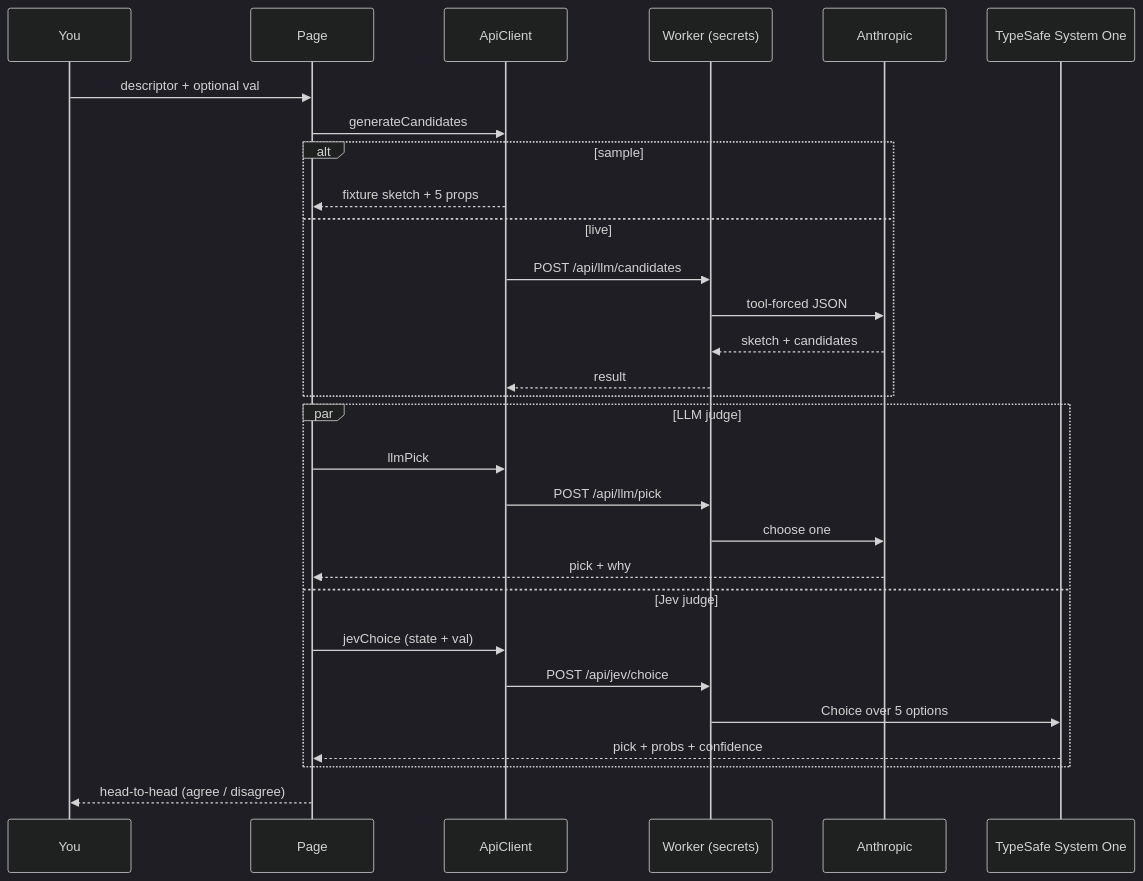
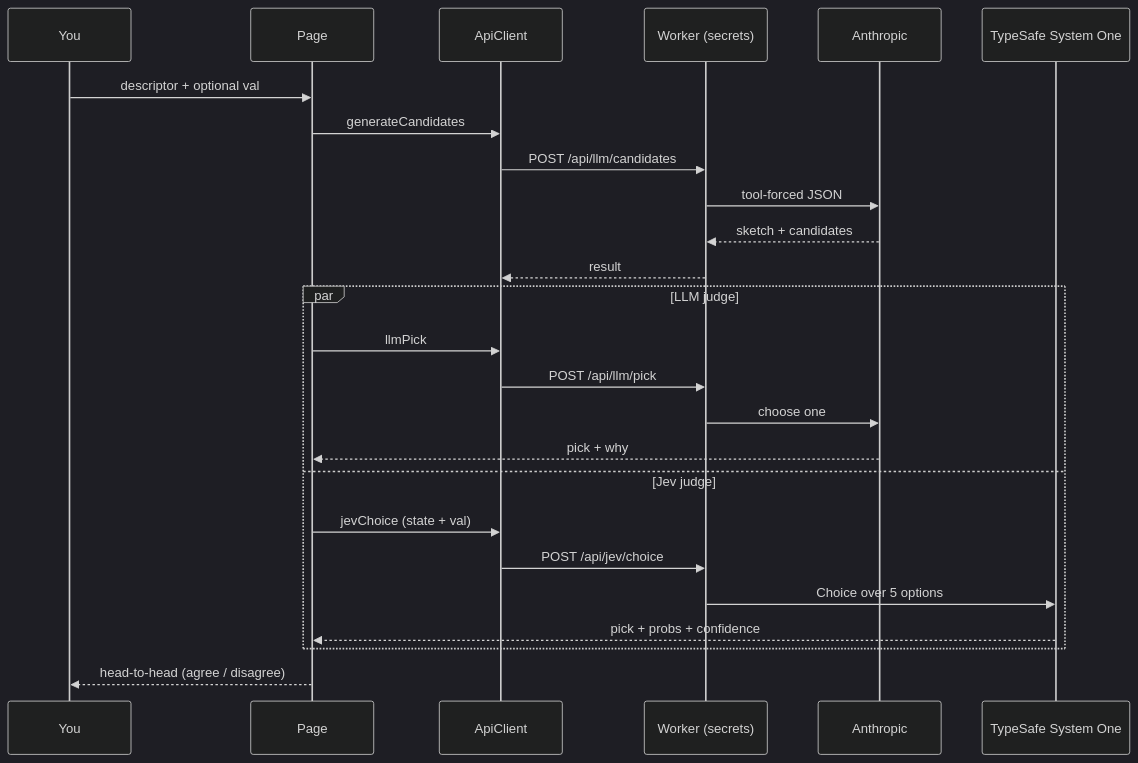
One commit to who/naming-things changed the diagram in README.md. Above: the diagram before and after it, drawn with Mermaid (dark theme). The commit also changed other lines of this file and 18 other files, not shown here.

````diff
--- a/README.md
+++ b/README.md
@@ -43,32 +45,28 @@
 ```mermaid
 sequenceDiagram
   participant You
   participant Page
   participant API as ApiClient
   participant W as Worker (secrets)
   participant LLM as Anthropic
   participant Jev as TypeSafe System One
 
   You->>Page: descriptor + optional val
   Page->>API: generateCandidates
-  alt sample
-    API-->>Page: fixture sketch + 5 props
-  else live
-    API->>W: POST /api/llm/candidates
-    W->>LLM: tool-forced JSON
-    LLM-->>W: sketch + candidates
-    W-->>API: result
-  end
+  API->>W: POST /api/llm/candidates
+  W->>LLM: tool-forced JSON
+  LLM-->>W: sketch + candidates
+  W-->>API: result
   par LLM judge
     Page->>API: llmPick
     API->>W: POST /api/llm/pick
     W->>LLM: choose one
     LLM-->>Page: pick + why
   and Jev judge
     Page->>API: jevChoice (state + val)
     API->>W: POST /api/jev/choice
     W->>Jev: Choice over 5 options
     Jev-->>Page: pick + probs + confidence
   end
   Page-->>You: head-to-head (agree / disagree)
 ```
````
